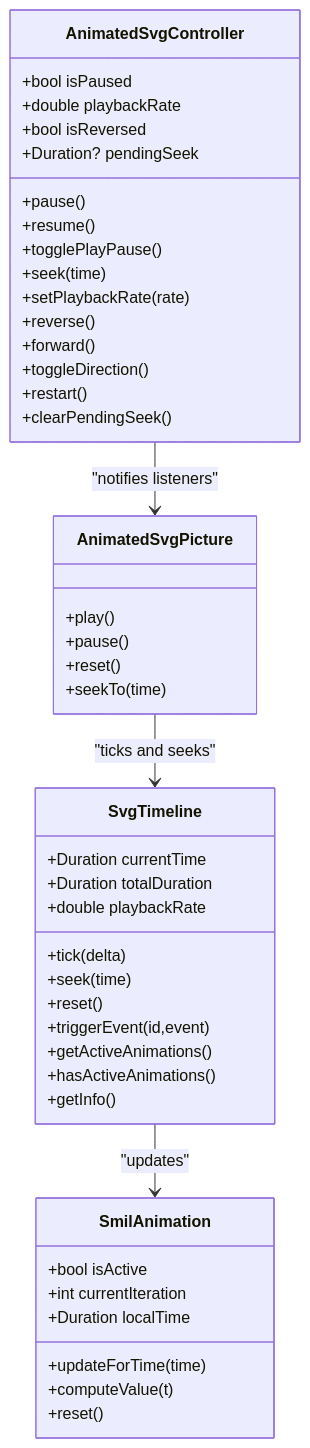
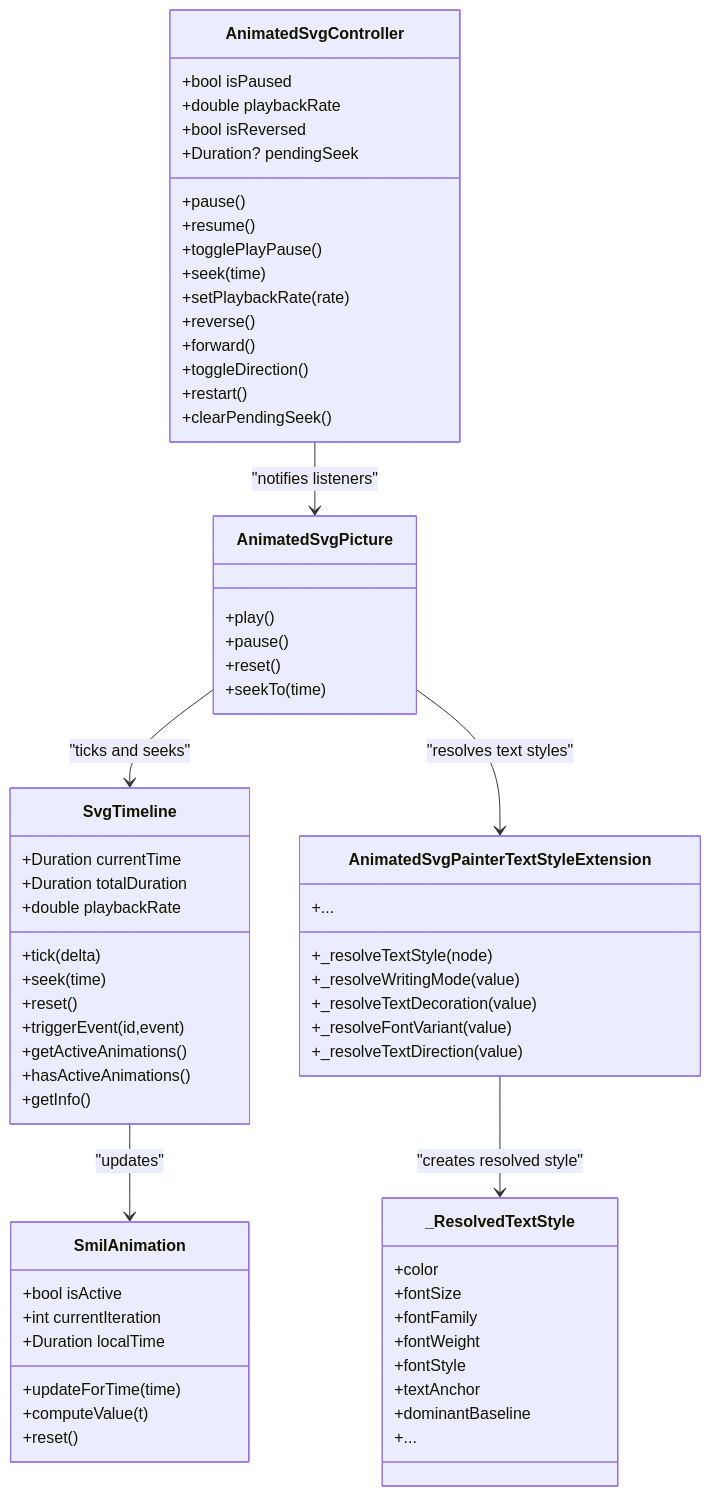
Before and after one commit to denisnadey/flutter_full_svg_support: the fourth of 4 diagrams in .qoder/repowiki/en/content/API Reference/Animation APIs.md, drawn with Mermaid. The commit also changed other lines of this file and 5 other files, not shown here.

````diff
--- a/.qoder/repowiki/en/content/API Reference/Animation APIs.md
+++ b/.qoder/repowiki/en/content/API Reference/Animation APIs.md
@@ -264,48 +307,68 @@
 ```mermaid
 classDiagram
 class AnimatedSvgController {
 +bool isPaused
 +double playbackRate
 +bool isReversed
 +Duration? pendingSeek
 +pause()
 +resume()
 +togglePlayPause()
 +seek(time)
 +setPlaybackRate(rate)
 +reverse()
 +forward()
 +toggleDirection()
 +restart()
 +clearPendingSeek()
 }
 class AnimatedSvgPicture {
 +play()
 +pause()
 +reset()
 +seekTo(time)
 }
 class SvgTimeline {
 +Duration currentTime
 +Duration totalDuration
 +double playbackRate
 +tick(delta)
 +seek(time)
 +reset()
 +triggerEvent(id,event)
 +getActiveAnimations()
 +hasActiveAnimations()
 +getInfo()
 }
 class SmilAnimation {
 +bool isActive
 +int currentIteration
 +Duration localTime
 +updateForTime(time)
 +computeValue(t)
 +reset()
 }
+class AnimatedSvgPainterTextStyleExtension {
++_resolveTextStyle(node)
++_resolveWritingMode(value)
++_resolveTextDecoration(value)
++_resolveFontVariant(value)
++_resolveTextDirection(value)
++...
+}
+class _ResolvedTextStyle {
++color
++fontSize
++fontFamily
++fontWeight
++fontStyle
++textAnchor
++dominantBaseline
++...
+}
 AnimatedSvgController --> AnimatedSvgPicture : "notifies listeners"
 AnimatedSvgPicture --> SvgTimeline : "ticks and seeks"
+AnimatedSvgPicture --> AnimatedSvgPainterTextStyleExtension : "resolves text styles"
+AnimatedSvgPainterTextStyleExtension --> _ResolvedTextStyle : "creates resolved style"
 SvgTimeline --> SmilAnimation : "updates"
 ```
````
